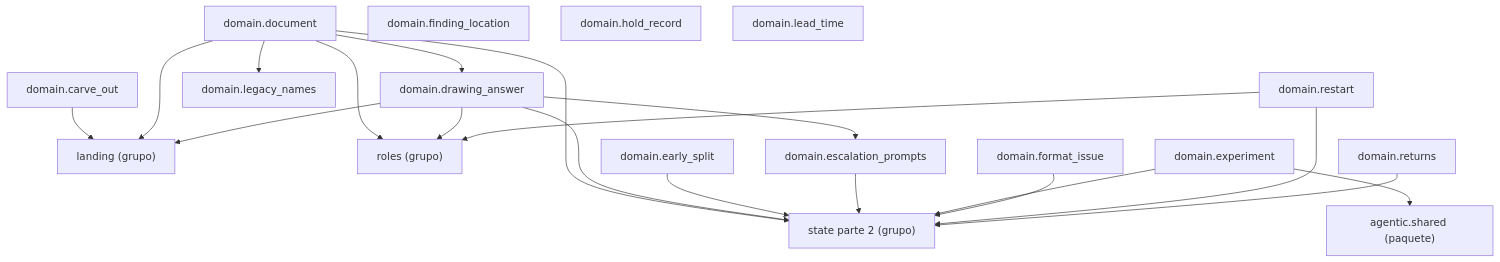
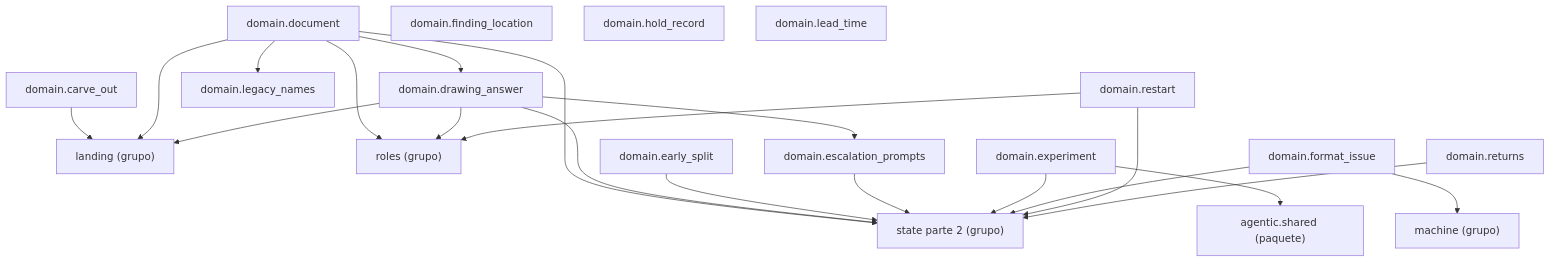
The diagram in docs/architecture/generated/packages-process-domain-state-1.md (GonzaloZevallos/agentic-system), drawn with Mermaid before and after one commit. The commit also changed other lines of this file and 16 other files, not shown here.

First line of the commit message:
Place format_retakes in the docs clusters and regenerate the architecture pages

````diff
--- a/docs/architecture/generated/packages-process-domain-state-1.md
+++ b/docs/architecture/generated/packages-process-domain-state-1.md
@@ -12,38 +13,40 @@
 ```mermaid
 graph TD
     g_domain__landing["landing (grupo)"]
+    g_domain__machine["machine (grupo)"]
     g_domain__roles["roles (grupo)"]
     g_domain__state__2["state parte 2 (grupo)"]
     g_pkg__agentic__shared["agentic.shared (paquete)"]
     m_domain__carve_out["domain.carve_out"]
     m_domain__document["domain.document"]
     m_domain__drawing_answer["domain.drawing_answer"]
     m_domain__early_split["domain.early_split"]
     m_domain__escalation_prompts["domain.escalation_prompts"]
     m_domain__experiment["domain.experiment"]
     m_domain__finding_location["domain.finding_location"]
     m_domain__format_issue["domain.format_issue"]
     m_domain__hold_record["domain.hold_record"]
     m_domain__lead_time["domain.lead_time"]
     m_domain__legacy_names["domain.legacy_names"]
     m_domain__restart["domain.restart"]
     m_domain__returns["domain.returns"]
     m_domain__carve_out --> g_domain__landing
     m_domain__document --> g_domain__landing
     m_domain__document --> g_domain__roles
     m_domain__document --> g_domain__state__2
     m_domain__document --> m_domain__drawing_answer
     m_domain__document --> m_domain__legacy_names
     m_domain__drawing_answer --> g_domain__landing
     m_domain__drawing_answer --> g_domain__roles
     m_domain__drawing_answer --> g_domain__state__2
     m_domain__drawing_answer --> m_domain__escalation_prompts
     m_domain__early_split --> g_domain__state__2
     m_domain__escalation_prompts --> g_domain__state__2
     m_domain__experiment --> g_domain__state__2
     m_domain__experiment --> g_pkg__agentic__shared
+    m_domain__format_issue --> g_domain__machine
     m_domain__format_issue --> g_domain__state__2
     m_domain__restart --> g_domain__roles
     m_domain__restart --> g_domain__state__2
     m_domain__returns --> g_domain__state__2
 ```
````
